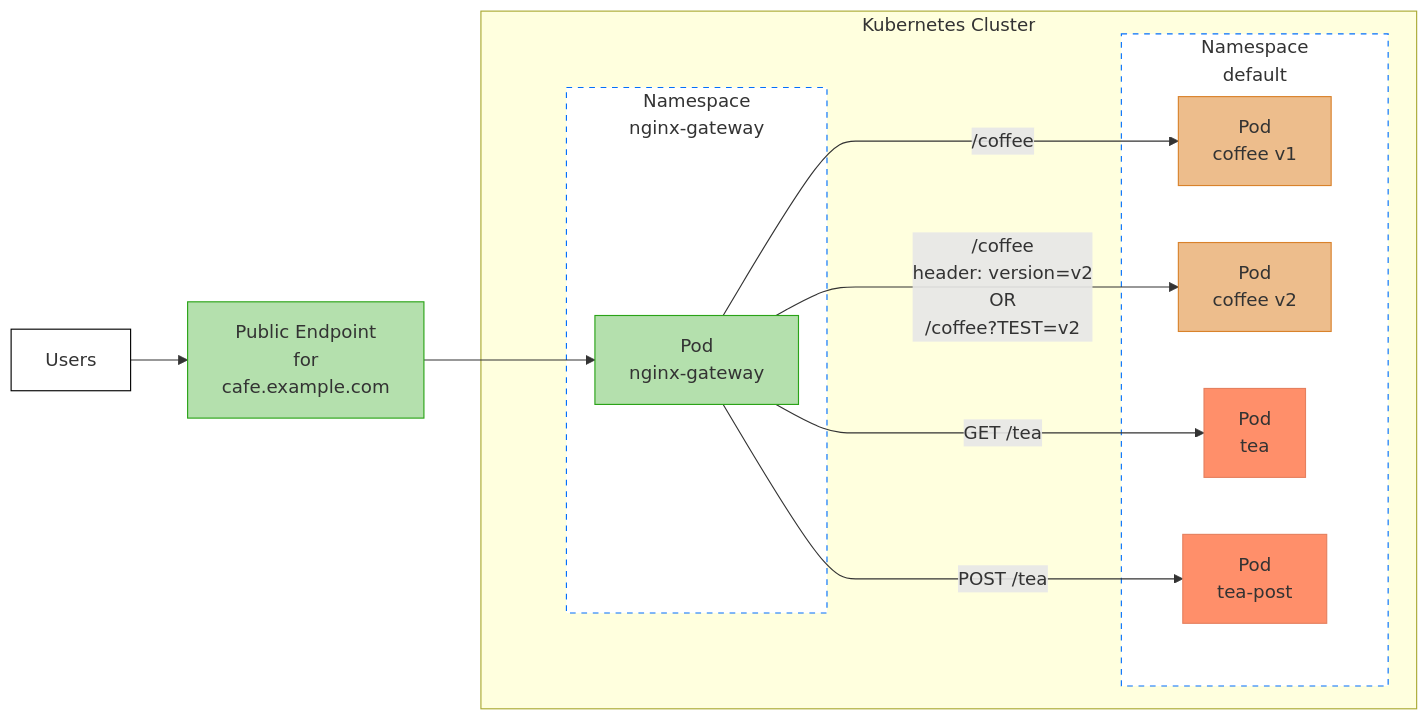
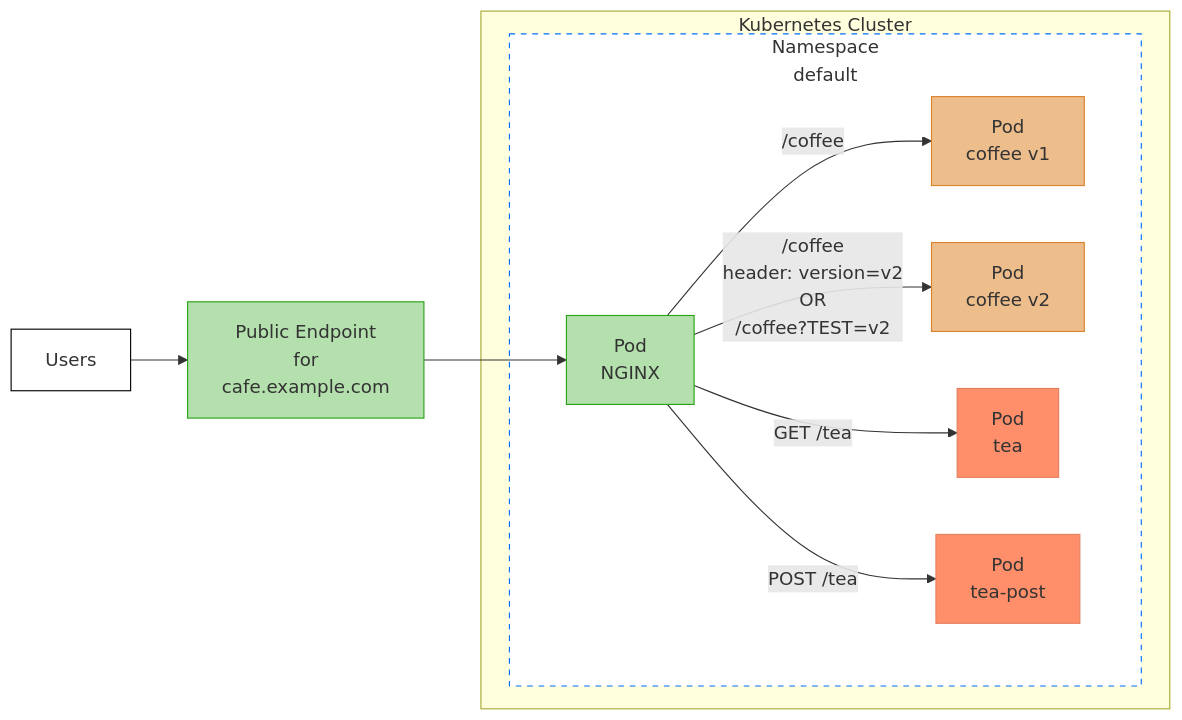
One commit to nginx/documentation changed the diagram in static/ngf/img/src/advanced-routing.mermaid. Above: the diagram before and after it, drawn with Mermaid. The commit also changed 1 other file, not shown here.

Commit message:
Update ngf routing diagrams to reflect new arcitecture

```diff
--- a/static/ngf/img/src/advanced-routing.mermaid
+++ b/static/ngf/img/src/advanced-routing.mermaid
@@ -1,38 +1,35 @@
 %% mermaid source for advanced-routing.png diagram
 graph LR
     users[Users]
     ngfSvc["Public Endpoint\nfor\ncafe.example.com"]
     subgraph cluster [Kubernetes Cluster]
-        subgraph clusterPadding [" "]
-            subgraph clusterPadding2 [" "]
-                subgraph gwNS [Namespace\nnginx-gateway]
-                    ngfPod[Pod\nnginx-gateway]
-                end
-            end
-        end
         subgraph appNs [Namespace\ndefault]
             subgraph nsPadding [" "]
+                nginxPod[Pod\nNGINX]
                 coffeeV1Pod[Pod\ncoffee v1]
                 coffeeV2Pod[Pod\ncoffee v2]
                 teaPod[Pod\ntea]
                 teaPostPod[Pod\ntea-post]
             end
         end
     end
-  ngfSvc --> ngfPod
-  ngfPod --/coffee--> coffeeV1Pod
-  ngfPod --/coffee\nheader: version=v2\nOR\n/coffee?TEST=v2--> coffeeV2Pod
-  ngfPod --GET /tea--> teaPod
-  ngfPod --POST /tea--> teaPostPod
+
+  ngfSvc --> nginxPod
+  nginxPod --/coffee--> coffeeV1Pod
+  nginxPod --/coffee\nheader: version=v2\nOR\n/coffee?TEST=v2--> coffeeV2Pod
+  nginxPod --GET /tea--> teaPod
+  nginxPod --POST /tea--> teaPostPod
   users --> ngfSvc
+
   class clusterPadding,nsPadding,clusterPadding2 noBorder
   class gwNS,appNs namespace
-  class ngfSvc,ngfPod nginxNode
+  class ngfSvc,nginxPod nginxNode
   class coffeeV1Pod,coffeeV2Pod coffeeNode
   class teaPod,teaPostPod teaNode
+
   classDef noBorder stroke:none,fill:none
   classDef default fill:#FFFFFF,stroke:#000000
   classDef namespace fill:#FFFFFF,stroke:#036ffc,stroke-dasharray: 5 5,text-align:center
   classDef nginxNode fill:#b4e0ad,stroke:#2AA317
   classDef coffeeNode fill:#edbd8c,stroke:#D9822B
   classDef teaNode fill:#ff8f6a,stroke:#e5805f
```
